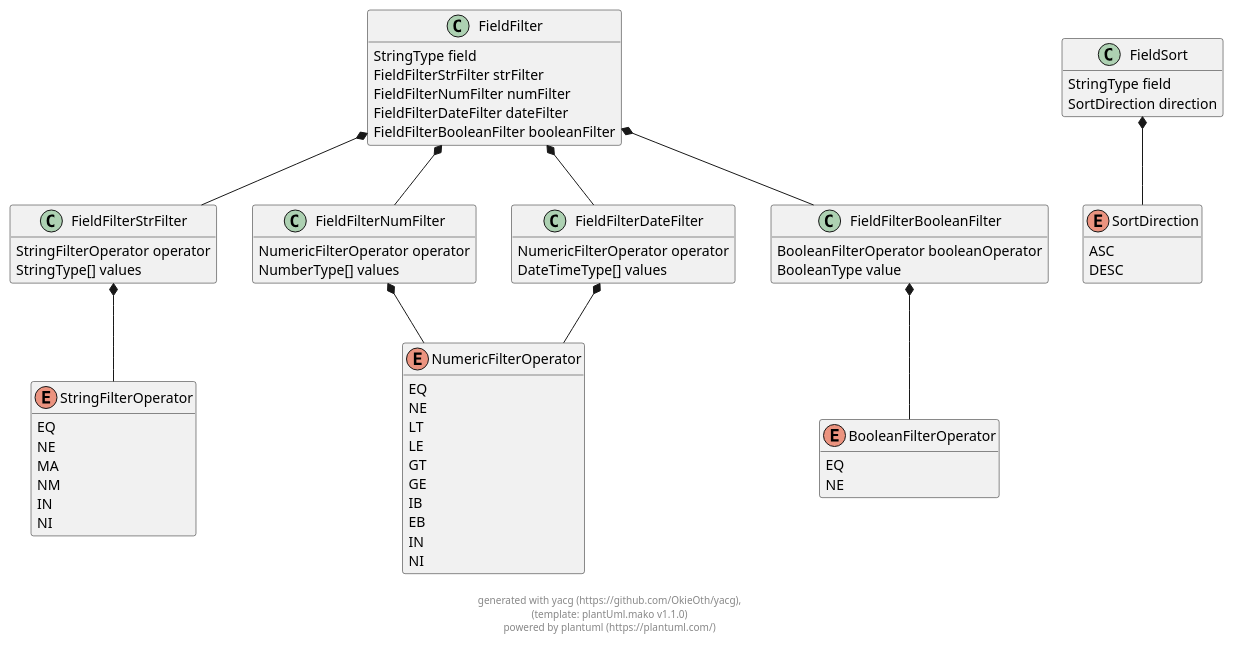
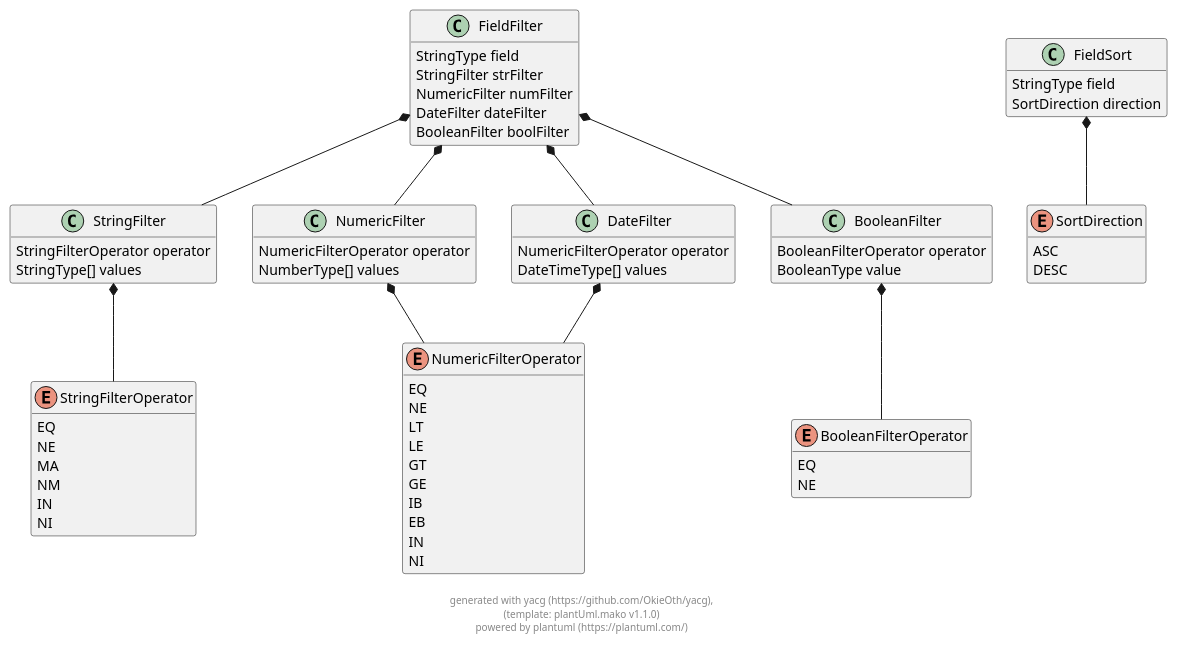
Before and after one commit to OkieOth/nibelheim_ts: the diagram in docs/generated/filter_types.puml, drawn with PlantUML. The commit also changed 9 other files, not shown here.

Commit message:
generate filter types from schema

```diff
--- a/docs/generated/filter_types.puml
+++ b/docs/generated/filter_types.puml
@@ -2,125 +2,125 @@
 @startuml
 hide empty methods
 
 class FieldFilter {
         StringType field
-        FieldFilterStrFilter strFilter
-        FieldFilterNumFilter numFilter
-        FieldFilterDateFilter dateFilter
-        FieldFilterBooleanFilter booleanFilter
+        StringFilter strFilter
+        NumericFilter numFilter
+        DateFilter dateFilter
+        BooleanFilter boolFilter
 }
 
 
-class FieldFilterStrFilter {
+class StringFilter {
         StringFilterOperator operator
         StringType[] values
+}
+
+
+class NumericFilter {
+        NumericFilterOperator operator
+        NumberType[] values
+}
+
+
+class DateFilter {
+        NumericFilterOperator operator
+        DateTimeType[] values
+}
+
+
+class BooleanFilter {
+        BooleanFilterOperator operator
+        BooleanType value
 }
 
 
 enum NumericFilterOperator {
     EQ
     NE
     LT
     LE
     GT
     GE
     IB
     EB
     IN
     NI
 }
 
 
 enum StringFilterOperator {
     EQ
     NE
     MA
     NM
     IN
     NI
 }
 
 
 enum BooleanFilterOperator {
     EQ
     NE
 }
 
 
 enum SortDirection {
     ASC
     DESC
 }
 
 
 class FieldSort {
         StringType field
         SortDirection direction
 }
 
 
-class FieldFilterNumFilter {
-        NumericFilterOperator operator
-        NumberType[] values
-}
 
+    
 
-class FieldFilterDateFilter {
-        NumericFilterOperator operator
-        DateTimeType[] values
-}
+FieldFilter  *--  StringFilter
+            
 
+FieldFilter  *--  NumericFilter
+            
 
-class FieldFilterBooleanFilter {
-        BooleanFilterOperator booleanOperator
-        BooleanType value
-}
+FieldFilter  *--  DateFilter
+            
 
+FieldFilter  *--  BooleanFilter
+            
+
+    
+StringFilter  *--  StringFilterOperator
+            
 
 
     
-
-FieldFilter  *--  FieldFilterStrFilter
+NumericFilter  *--  NumericFilterOperator
             
 
-FieldFilter  *--  FieldFilterNumFilter
+
+    
+DateFilter  *--  NumericFilterOperator
             
 
-FieldFilter  *--  FieldFilterDateFilter
-            
-
-FieldFilter  *--  FieldFilterBooleanFilter
-            
 
     
-FieldFilterStrFilter  *--  StringFilterOperator
+BooleanFilter  *--  BooleanFilterOperator
             
 
 
     
     
     
     
     
 
 FieldSort  *--  SortDirection
             
 
-    
-FieldFilterNumFilter  *--  NumericFilterOperator
-            
-
-
-    
-FieldFilterDateFilter  *--  NumericFilterOperator
-            
-
-
-    
-FieldFilterBooleanFilter  *--  BooleanFilterOperator
-            
-
-
 
 footer \ngenerated with yacg (https://github.com/OkieOth/yacg),\n(template: plantUml.mako v1.1.0)\npowered by plantuml (https://plantuml.com/)
 @enduml
```
